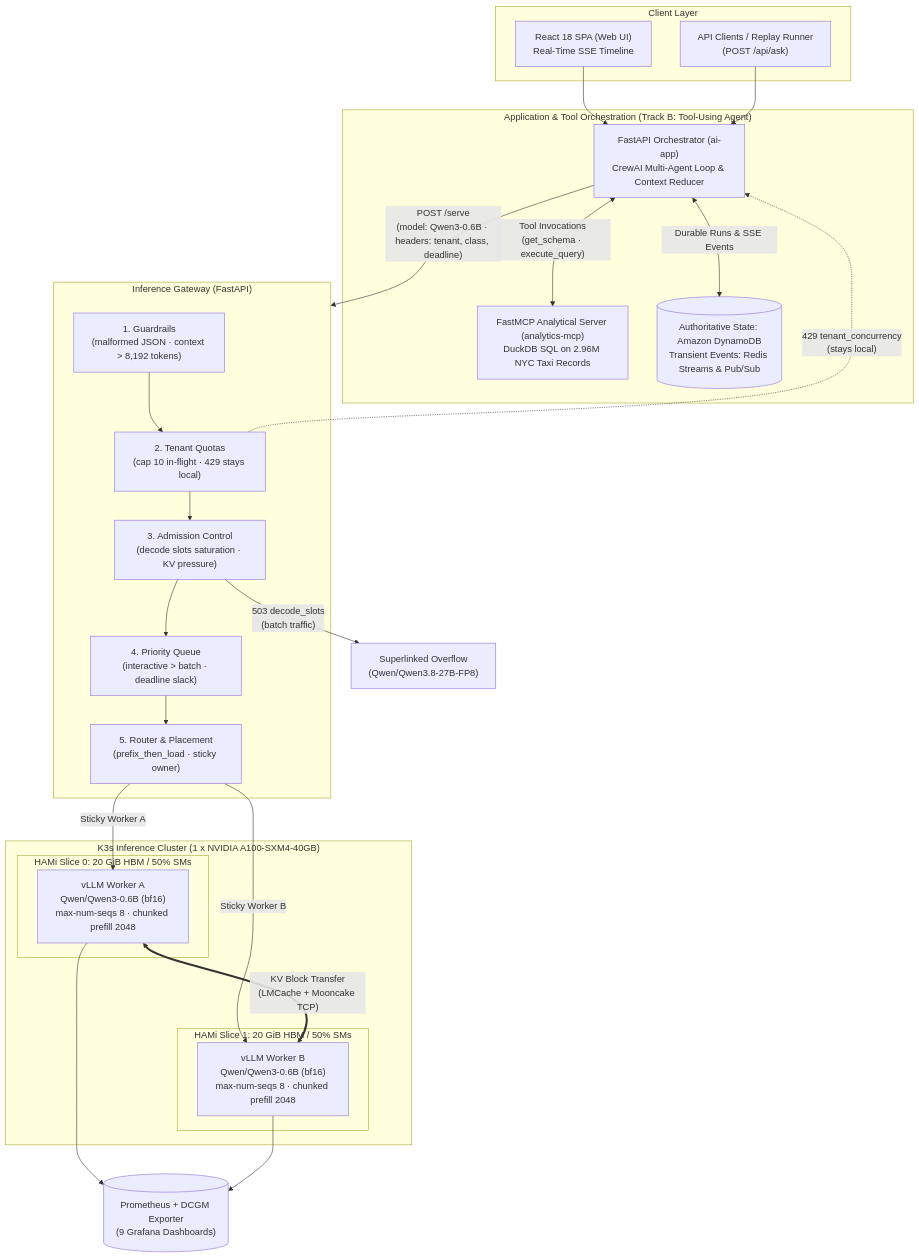
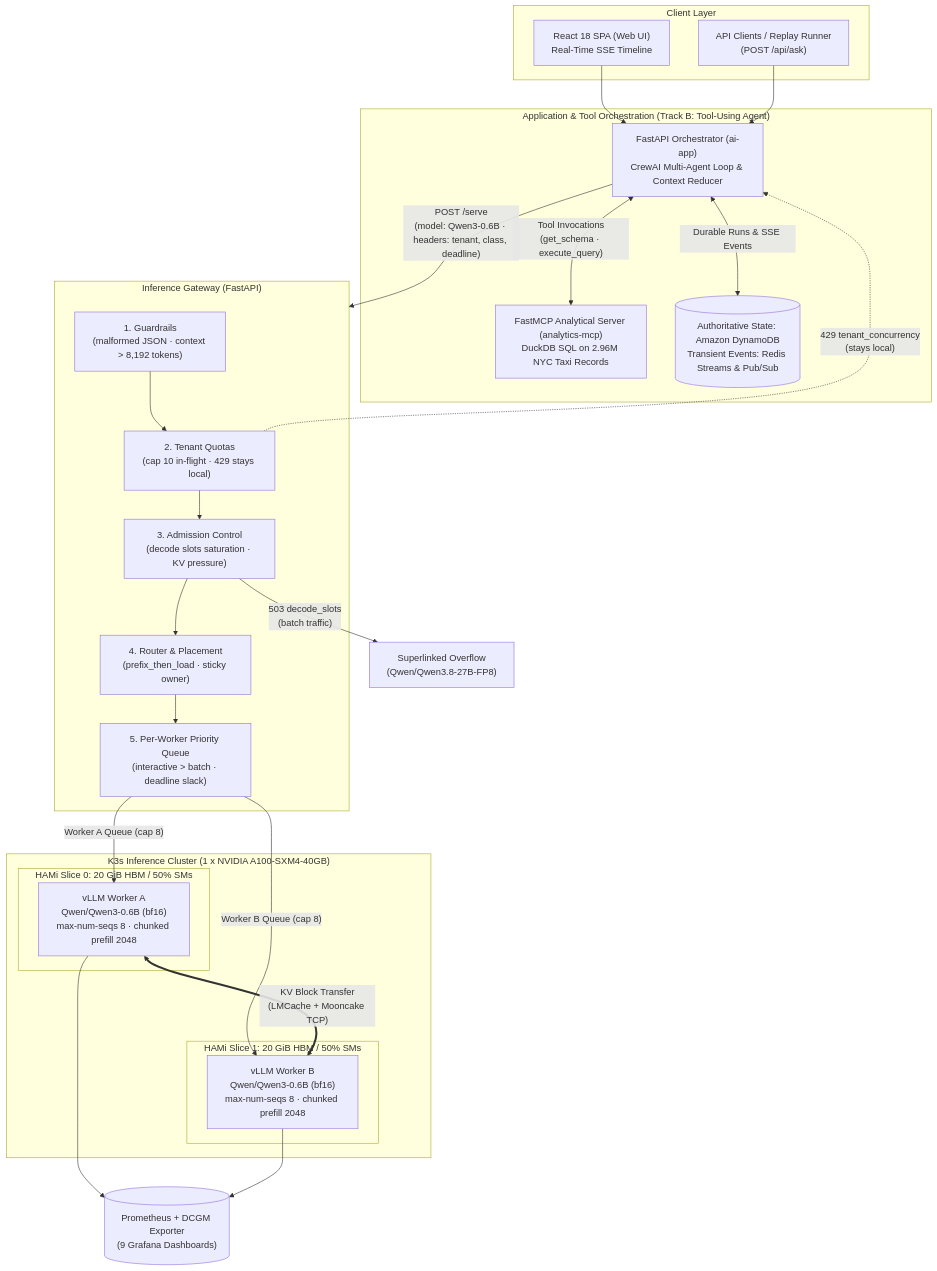
The diagram in README.md (NakulManchanda/ai-analytics-poc), drawn with Mermaid before and after one commit. The commit also changed 1 other file, not shown here.

Commit message:
docs: resolve execution order, vllm queueing nuance, and E4 admission sensitivity in architecture docs

````diff
--- a/README.md
+++ b/README.md
@@ -36,46 +36,46 @@
 ```mermaid
 flowchart TD
     subgraph CLIENT["Client Layer"]
         UI["React 18 SPA (Web UI)<br/>Real-Time SSE Timeline"]
         CLI["API Clients / Replay Runner<br/>(POST /api/ask)"]
     end
 
     subgraph APP["Application & Tool Orchestration (Track B: Tool-Using Agent)"]
         Orch["FastAPI Orchestrator (ai-app)<br/>CrewAI Multi-Agent Loop & Context Reducer"]
         MCP["FastMCP Analytical Server (analytics-mcp)<br/>DuckDB SQL on 2.96M NYC Taxi Records"]
         State[("Authoritative State: Amazon DynamoDB<br/>Transient Events: Redis Streams & Pub/Sub")]
         Orch <-->|"Tool Invocations<br/>(get_schema · execute_query)"| MCP
         Orch <-->|"Durable Runs & SSE Events"| State
     end
 
     UI --> Orch
     CLI --> Orch
 
     Orch -- "POST /serve<br/>(model: Qwen3-0.6B · headers: tenant, class, deadline)" --> GW
 
     subgraph GW["Inference Gateway (FastAPI)"]
         Guard["1. Guardrails<br/>(malformed JSON · context > 8,192 tokens)"] --> Tenant["2. Tenant Quotas<br/>(cap 10 in-flight · 429 stays local)"]
         Tenant --> Admit["3. Admission Control<br/>(decode slots saturation · KV pressure)"]
-        Admit --> Queue["4. Priority Queue<br/>(interactive > batch · deadline slack)"]
-        Queue --> Router["5. Router & Placement<br/>(prefix_then_load · sticky owner)"]
+        Admit --> Router["4. Router & Placement<br/>(prefix_then_load · sticky owner)"]
+        Router --> Queue["5. Per-Worker Priority Queue<br/>(interactive > batch · deadline slack)"]
     end
 
     Tenant -. "429 tenant_concurrency<br/>(stays local)" .-> Orch
     Admit -- "503 decode_slots<br/>(batch traffic)" --> Overflow["Superlinked Overflow<br/>(Qwen/Qwen3.8-27B-FP8)"]
 
-    Router -- "Sticky Worker A" --> WA
-    Router -- "Sticky Worker B" --> WB
+    Queue -- "Worker A Queue (cap 8)" --> WA
+    Queue -- "Worker B Queue (cap 8)" --> WB
 
     subgraph CLUSTER["K3s Inference Cluster (1 x NVIDIA A100-SXM4-40GB)"]
         subgraph SliceA["HAMi Slice 0: 20 GiB HBM / 50% SMs"]
             WA["vLLM Worker A<br/>Qwen/Qwen3-0.6B (bf16)<br/>max-num-seqs 8 · chunked prefill 2048"]
         end
         subgraph SliceB["HAMi Slice 1: 20 GiB HBM / 50% SMs"]
             WB["vLLM Worker B<br/>Qwen/Qwen3-0.6B (bf16)<br/>max-num-seqs 8 · chunked prefill 2048"]
         end
         WA <== "KV Block Transfer<br/>(LMCache + Mooncake TCP)" ==> WB
     end
 
     WA --> Metrics[("Prometheus + DCGM Exporter<br/>(9 Grafana Dashboards)")]
     WB --> Metrics
 ```
````
